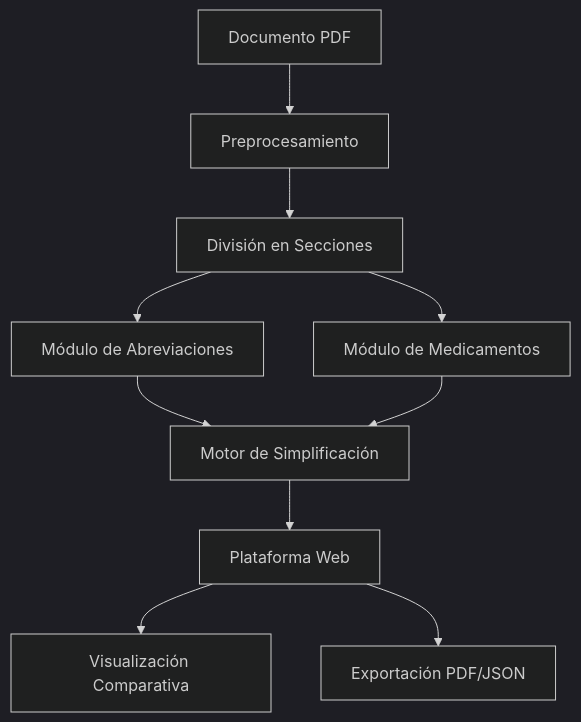
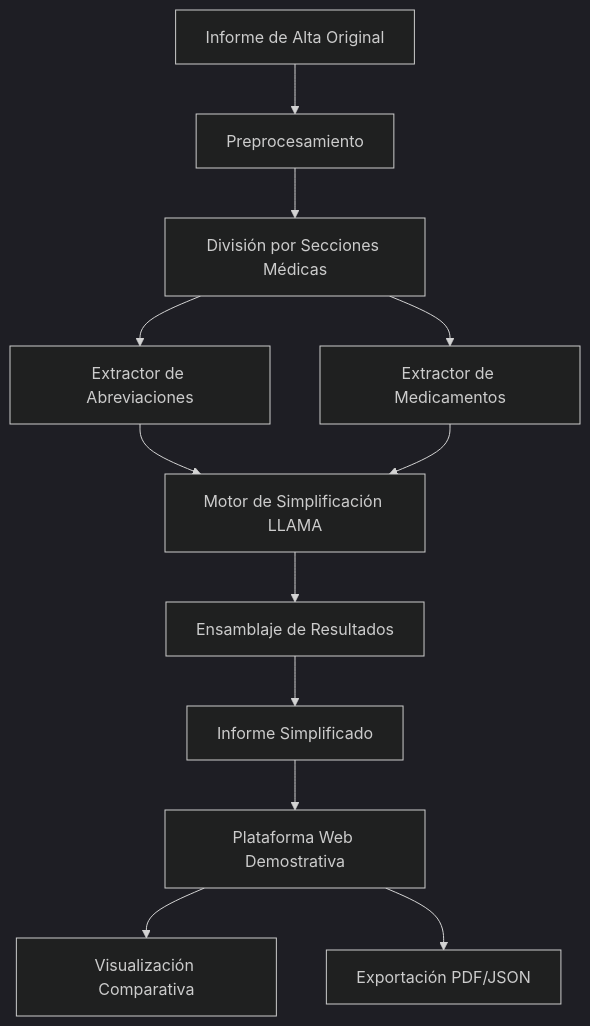
Before and after one commit to lmolino03/simplimed: the diagram in README.md, drawn with Mermaid (dark theme). The commit also changed other lines of this file, not shown here.

````diff
--- a/README.md
+++ b/README.md
@@ -34,12 +70,14 @@
 ```mermaid
 graph TD
-    A[Documento PDF] --> B[Preprocesamiento]
-    B --> C[División en Secciones]
-    C --> D[Módulo de Abreviaciones]
-    C --> E[Módulo de Medicamentos]
-    D --> F[Motor de Simplificación]
+    A[Informe de Alta Original] --> B[Preprocesamiento]
+    B --> C[División por Secciones Médicas]
+    C --> D[Extractor de Abreviaciones]
+    C --> E[Extractor de Medicamentos]
+    D --> F[Motor de Simplificación LLAMA]
     E --> F
-    F --> G[Plataforma Web]
-    G --> H[Visualización Comparativa]
-    G --> I[Exportación PDF/JSON]
+    F --> G[Ensamblaje de Resultados]
+    G --> H[Informe Simplificado]
+    H --> I[Plataforma Web Demostrativa]
+    I --> J[Visualización Comparativa]
+    I --> K[Exportación PDF/JSON]
 ```
````
